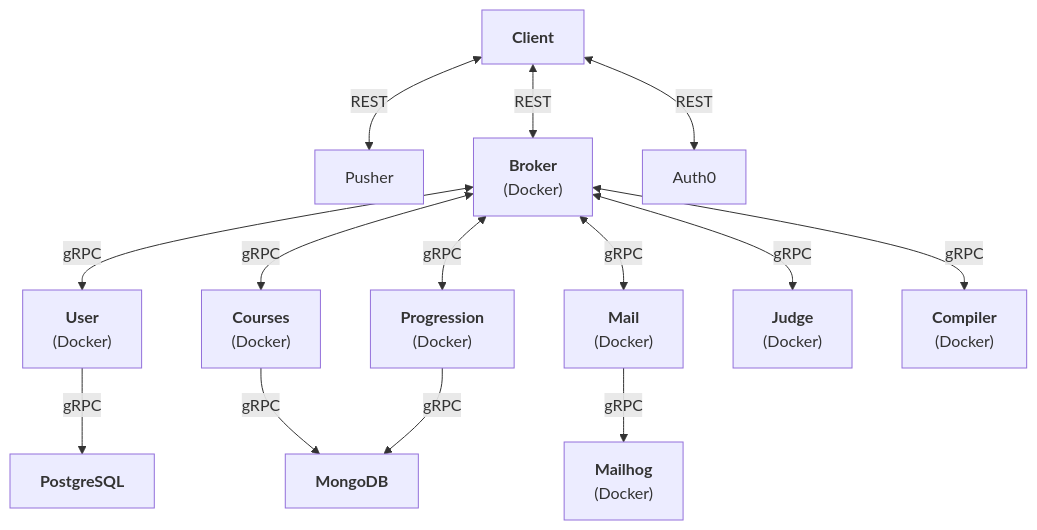
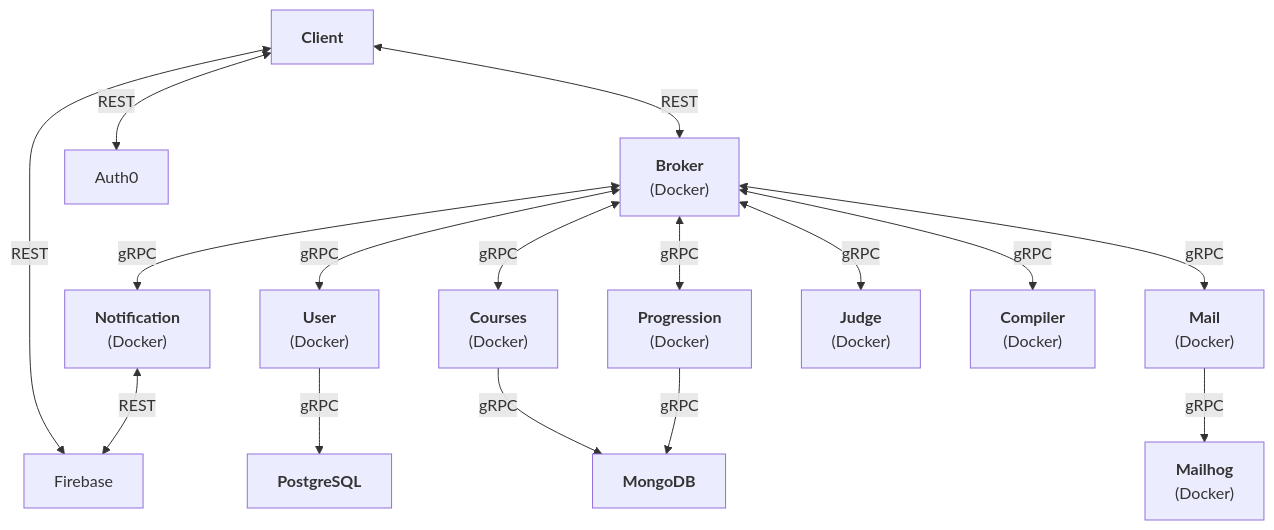
One commit to abyanmajid/picco changed the diagram in README.md. Above: the diagram before and after it, drawn with Mermaid.

Commit message:
refactor: readme.md

````diff
--- a/README.md
+++ b/README.md
@@ -23,16 +23,18 @@
 ```mermaid
 graph TD
-    Client <--> |REST| Pusher
+    Client <--> |REST| Firebase
+    Notification <--> |REST| Firebase
     Client["<b>Client</b>"] <-->|REST| Broker["<b>Broker</b><br>(Docker)"]
     Client <--> |REST| Auth0
     Broker <-->|gRPC| User["<b>User</b><br>(Docker)"]
     Broker <-->|gRPC| Courses["<b>Courses</b><br>(Docker)"]
     Broker <-->|gRPC| Progression["<b>Progression</b><br>(Docker)"]
+    Broker <-->|gRPC| Notification["<b>Notification</b><br>(Docker)"]
     Broker <-->|gRPC| Mail["<b>Mail</b><br>(Docker)"]
     Broker <-->|gRPC| Judge["<b>Judge</b><br>(Docker)"]
     Broker <-->|gRPC| Compiler["<b>Compiler</b><br>(Docker)"]
     User -->|gRPC| PostgreSQL["<b>PostgreSQL</b>"]
     Courses --> |gRPC| MongoDB["<b>MongoDB</b>"]
     Progression --> |gRPC| MongoDB["<b>MongoDB</b>"]
     Mail -->|gRPC| Mailhog["<b>Mailhog</b><br>(Docker)"]
 ```
````
